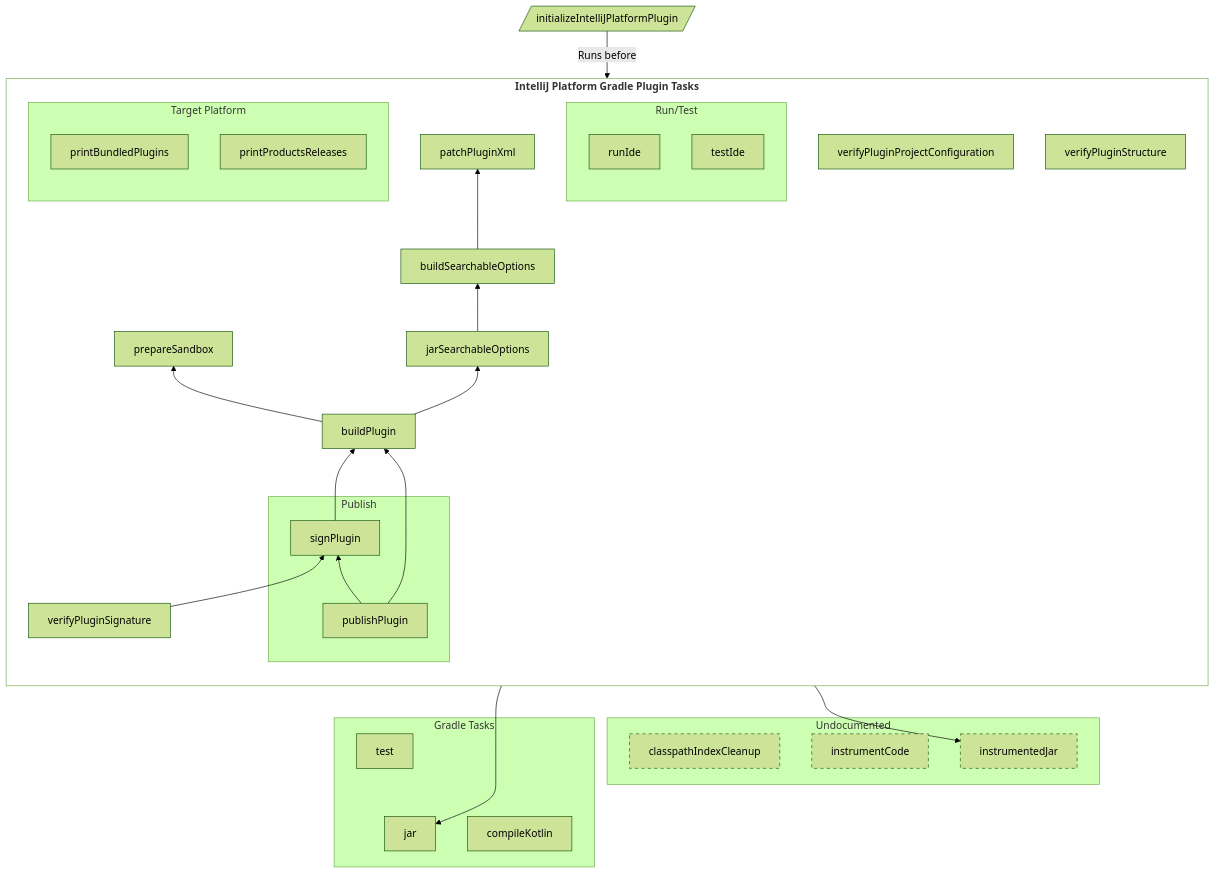
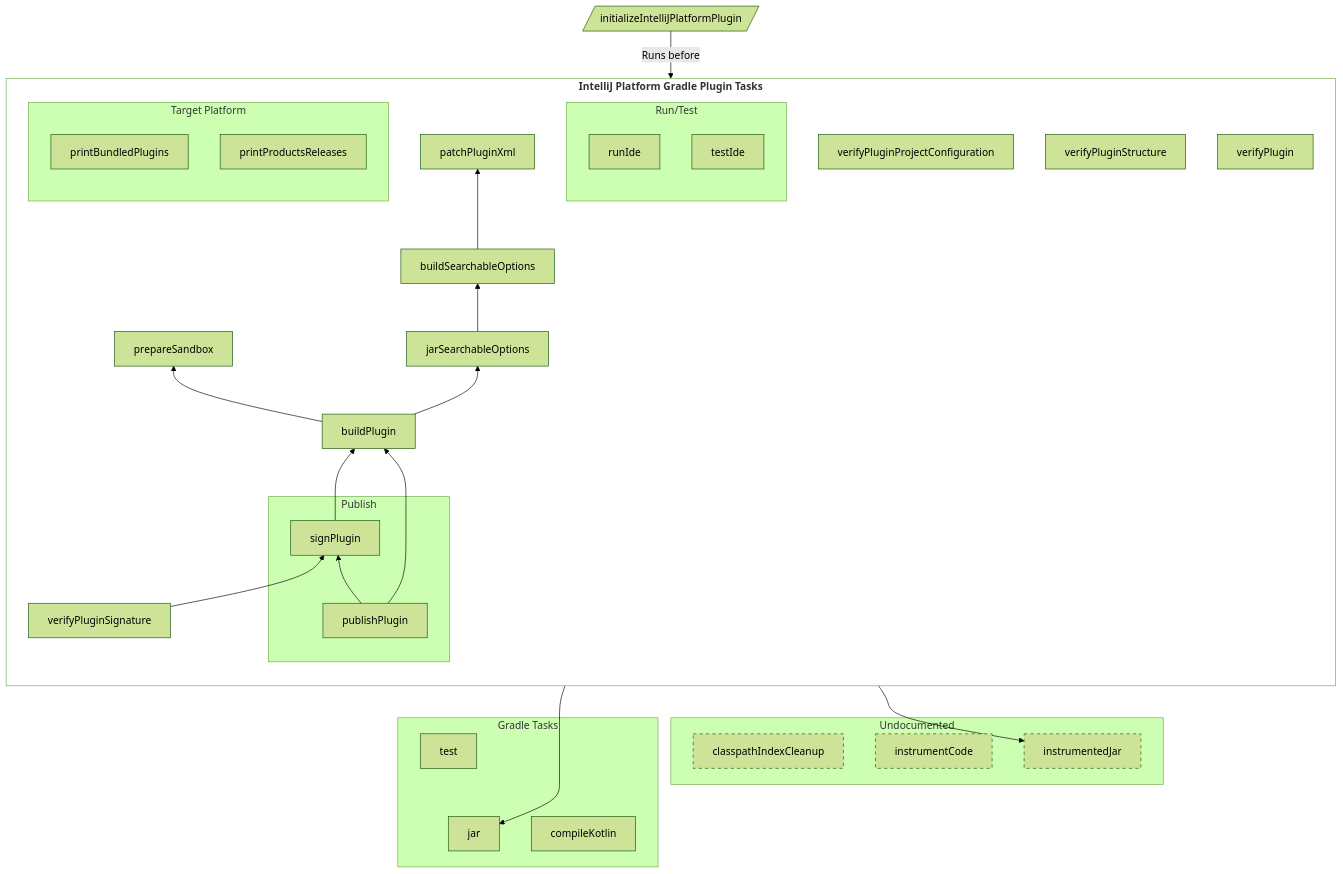
One commit to JetBrains/intellij-sdk-docs changed the diagram in topics/appendix/tools/intellij_platform_gradle_plugin/tools_intellij_platform_gradle_plugin_tasks.md. Above: the diagram before and after it, drawn with Mermaid (forest theme). The commit also changed other lines of this file, not shown here.

Commit message:
IntelliJ Platform Gradle Plugin: `verifyPlugin` task

```diff
--- a/topics/appendix/tools/intellij_platform_gradle_plugin/tools_intellij_platform_gradle_plugin_tasks.md
+++ b/topics/appendix/tools/intellij_platform_gradle_plugin/tools_intellij_platform_gradle_plugin_tasks.md
@@ -25,6 +25,7 @@
         prepareSandbox
         verifyPluginProjectConfiguration
         verifyPluginStructure
+        verifyPlugin
 
         subgraph PUBLISH ["Publish"]
             publishPlugin
```
